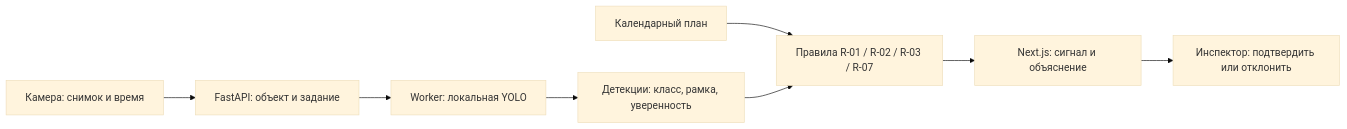
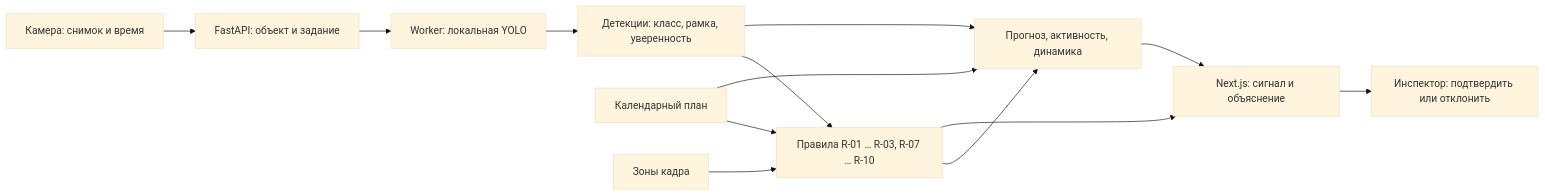
Before and after one commit to BaskovKonstantin/BuildWatch: the diagram in README.md, drawn with Mermaid (base theme). The commit also changed other lines of this file and 6 other files, not shown here.

````diff
--- a/README.md
+++ b/README.md
@@ -13,10 +13,15 @@
 ```mermaid
 flowchart LR
     A[Камера: снимок и время] --> B[FastAPI: объект и задание]
     B --> C[Worker: локальная YOLO]
     C --> D[Детекции: класс, рамка, уверенность]
-    P[Календарный план] --> R[Правила R-01 / R-02 / R-03 / R-07]
+    P[Календарный план] --> R[Правила R-01 … R-03, R-07 … R-10]
     D --> R
+    Z[Зоны кадра] --> R
+    P --> F[Прогноз, активность, динамика]
+    D --> F
+    R --> F
     R --> U[Next.js: сигнал и объяснение]
+    F --> U
     U --> H[Инспектор: подтвердить или отклонить]
 ```
````
